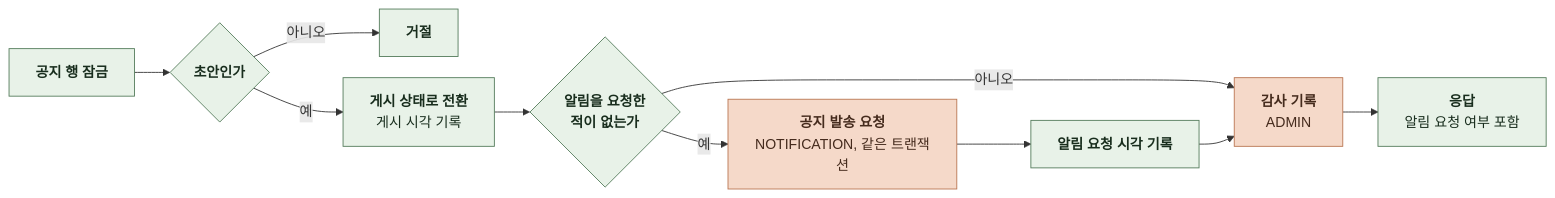
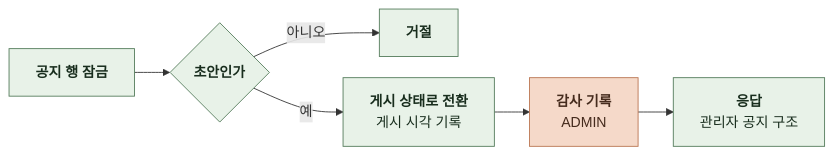
One commit to KIM-N-KANG/knk-harness changed the third of 7 diagrams in docs/domain/NOTICE/BACKEND/4-1-PIPELINES.md. Above: the diagram before and after it, drawn with Mermaid. The commit also changed other lines of this file and 35 other files, not shown here.

````diff
--- a/docs/domain/NOTICE/BACKEND/4-1-PIPELINES.md
+++ b/docs/domain/NOTICE/BACKEND/4-1-PIPELINES.md
@@ -75,22 +73,16 @@
 ```mermaid
 %%{init: {"flowchart": {"curve": "basis", "nodeSpacing": 24, "rankSpacing": 40}}}%%
 flowchart LR
     A["`**공지 행 잠금**`"] --> B{"`**초안인가**`"}
     B -->|아니오| X["`**거절**`"]
     B -->|예| C["`**게시 상태로 전환**
 게시 시각 기록`"]
-    C --> D{"`**알림을 요청한
-적이 없는가**`"}
-    D -->|예| E["`**공지 발송 요청**
-NOTIFICATION, 같은 트랜잭션`"]
-    E --> F["`**알림 요청 시각 기록**`"]
-    D -->|아니오| G["`**감사 기록**
+    C --> G["`**감사 기록**
 ADMIN`"]
-    F --> G
     G --> H["`**응답**
-알림 요청 여부 포함`"]
+관리자 공지 구조`"]
     classDef comp fill:#E8F2E8,stroke:#527A59,color:#182D1D
     classDef task fill:#F5D9C9,stroke:#B97450,color:#452B1D
-    class A,B,C,D,F,H,X comp
-    class E,G task
+    class A,B,C,H,X comp
+    class G task
 ```
````
